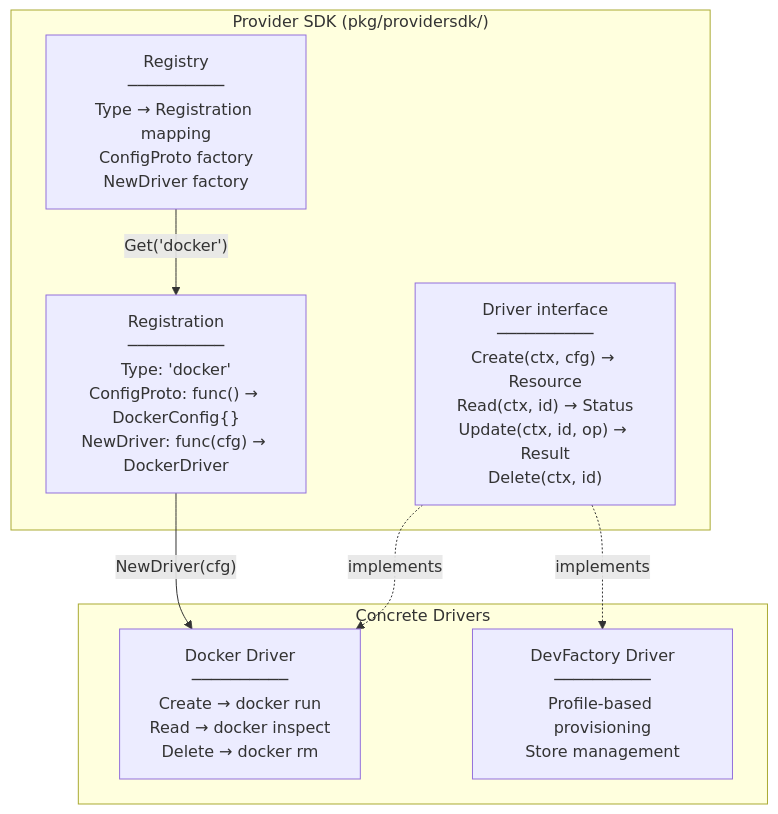
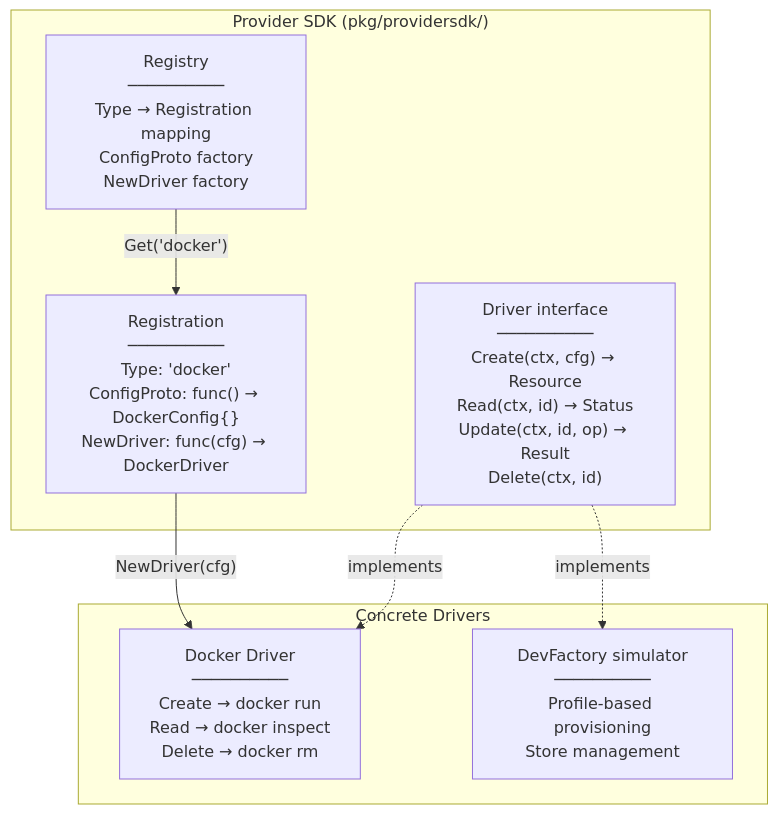
One commit to Geogboe/boxy changed the sixth of 12 diagrams in docs/architecture.md. Above: the diagram before and after it, drawn with Mermaid. The commit also changed other lines of this file and 5 other files, not shown here.

````diff
--- a/docs/architecture.md
+++ b/docs/architecture.md
@@ -277,20 +277,20 @@
 ```mermaid
 graph TB
     subgraph "Provider SDK (pkg/providersdk/)"
         DriverIF["Driver interface<br/>──────────<br/>Create(ctx, cfg) → Resource<br/>Read(ctx, id) → Status<br/>Update(ctx, id, op) → Result<br/>Delete(ctx, id)"]
 
         Registry["Registry<br/>──────────<br/>Type → Registration mapping<br/>ConfigProto factory<br/>NewDriver factory"]
 
         Registration["Registration<br/>──────────<br/>Type: 'docker'<br/>ConfigProto: func() → DockerConfig{}<br/>NewDriver: func(cfg) → DockerDriver"]
     end
 
     subgraph "Concrete Drivers"
         DockerDriver["Docker Driver<br/>──────────<br/>Create → docker run<br/>Read → docker inspect<br/>Delete → docker rm"]
-        DevFactory["DevFactory Driver<br/>──────────<br/>Profile-based provisioning<br/>Store management"]
+        DevFactory["DevFactory simulator<br/>──────────<br/>Profile-based provisioning<br/>Store management"]
     end
 
     Registry -->|"Get('docker')"| Registration
     Registration -->|"NewDriver(cfg)"| DockerDriver
     DriverIF -.->|implements| DockerDriver
     DriverIF -.->|implements| DevFactory
 ```
````
